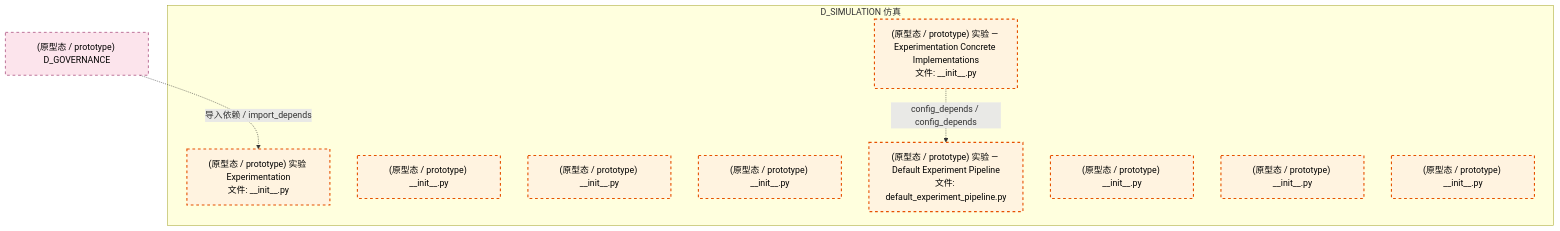
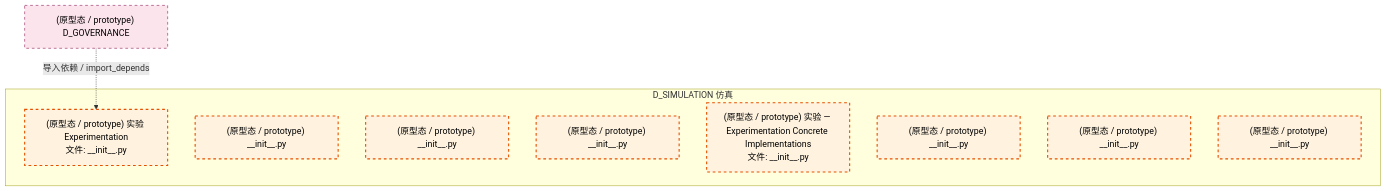
One commit to xuanFelixVan/ZephyrAlpha changed the fourth of 5 diagrams in docs/02_enterprise_architecture/02_domain_architecture_docs/57_d_simulation.md. Above: the diagram before and after it, drawn with Mermaid. The commit also changed other lines of this file and 126 other files, not shown here.

````diff
--- a/docs/02_enterprise_architecture/02_domain_architecture_docs/57_d_simulation.md
+++ b/docs/02_enterprise_architecture/02_domain_architecture_docs/57_d_simulation.md
@@ -151,23 +152,21 @@
 ```mermaid
 graph TD
     subgraph D_SIMULATION["D_SIMULATION 仿真"]
         src_zephyr_simulation_init_py["(原型态 / prototype) 实验 Experimentation<br/>文件: __init__.py"]
         src_zephyr_simulation_extensions_init_py["(原型态 / prototype) __init__.py"]
         src_zephyr_simulation_api_init_py["(原型态 / prototype) __init__.py"]
         src_zephyr_simulation_core_init_py["(原型态 / prototype) __init__.py"]
         src_zephyr_simulation_implementations_init_py["(原型态 / prototype) 实验 — Experimentation Concrete Implementations<br/>文件: __init__.py"]
-        src_zephyr_simulation_implementations_default_experiment_pipeline_py["(原型态 / prototype) 实验 — Default Experiment Pipeline<br/>文件: default_experiment_pipeline.py"]
         src_zephyr_simulation_infrastructure_init_py["(原型态 / prototype) __init__.py"]
         src_zephyr_simulation_models_init_py["(原型态 / prototype) __init__.py"]
         src_zephyr_simulation_services_init_py["(原型态 / prototype) __init__.py"]
     end
-    src_zephyr_simulation_implementations_init_py -.->|config_depends / config_depends| src_zephyr_simulation_implementations_default_experiment_pipeline_py
     D_GOVERNANCE["(原型态 / prototype) D_GOVERNANCE"]
     D_GOVERNANCE -.->|导入依赖 / import_depends| src_zephyr_simulation_init_py
     classDef production fill:#e1f5fe,stroke:#01579b,stroke-width:2px,color:#000
     classDef design fill:#fff3e0,stroke:#e65100,stroke-width:2px,color:#000,stroke-dasharray: 5 5
     classDef external_prod fill:#e8f5e9,stroke:#1b5e20,stroke-width:1px,color:#000
     classDef external_design fill:#fce4ec,stroke:#880e4f,stroke-width:1px,color:#000,stroke-dasharray: 5 5
-    class src_zephyr_simulation_init_py,src_zephyr_simulation_extensions_init_py,src_zephyr_simulation_api_init_py,src_zephyr_simulation_core_init_py,src_zephyr_simulation_implementations_init_py,src_zephyr_simulation_implementations_default_experiment_pipeline_py,src_zephyr_simulation_infrastructure_init_py,src_zephyr_simulation_models_init_py,src_zephyr_simulation_services_init_py design
+    class src_zephyr_simulation_init_py,src_zephyr_simulation_extensions_init_py,src_zephyr_simulation_api_init_py,src_zephyr_simulation_core_init_py,src_zephyr_simulation_implementations_init_py,src_zephyr_simulation_infrastructure_init_py,src_zephyr_simulation_models_init_py,src_zephyr_simulation_services_init_py design
     class D_GOVERNANCE external_design
 ```
````
